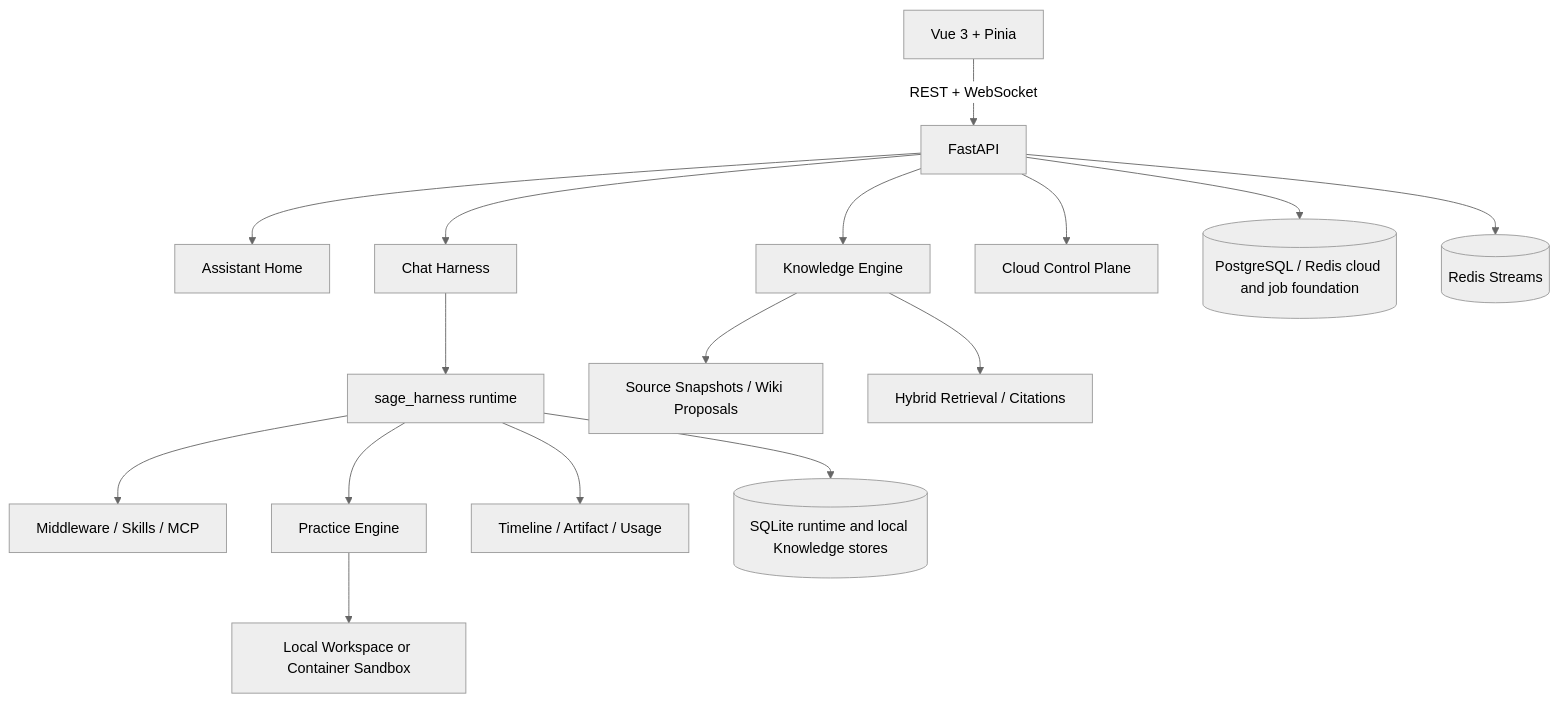
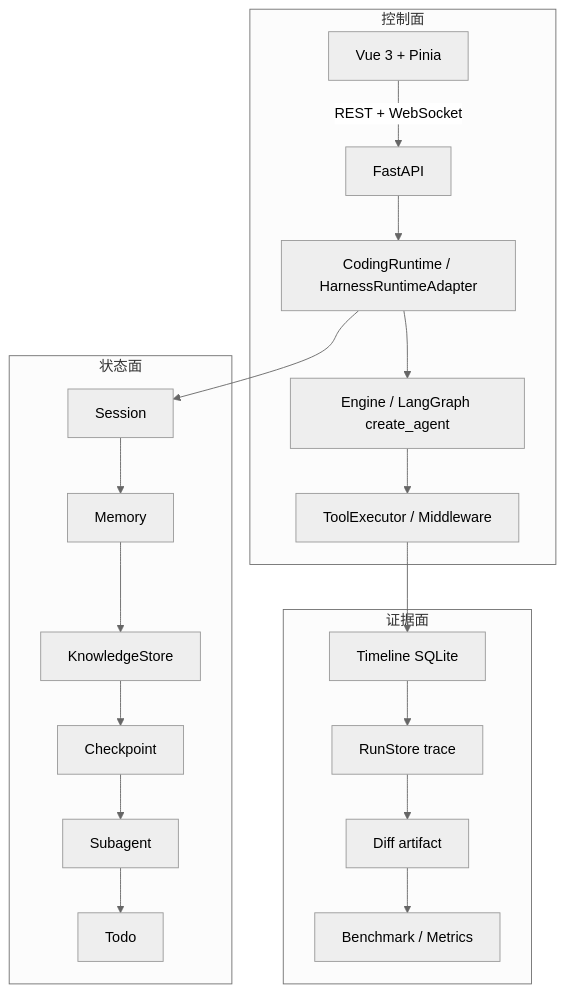
One commit to ZeroMadLife/poor-travel-agent changed the second of 2 diagrams in README.md. Above: the diagram before and after it, drawn with Mermaid (neutral theme). The commit also changed 2 other files, not shown here.

Commit message:
docs(release): 新增 SHOWCASE 并微调 README 面向展示

````diff
--- a/README.md
+++ b/README.md
@@ -94,21 +94,15 @@
 ```mermaid
 flowchart TB
-    UI[Vue 3 + Pinia] -->|REST + WebSocket| API[FastAPI]
-    API --> HOME[Assistant Home]
-    API --> CHAT[Chat Harness]
-    API --> KNOWLEDGE[Knowledge Engine]
-    API --> CLOUD[Cloud Control Plane]
-
-    CHAT --> RUNTIME[sage_harness runtime]
-    RUNTIME --> MID[Middleware / Skills / MCP]
-    RUNTIME --> PRACTICE[Practice Engine]
-    RUNTIME --> EVIDENCE[Timeline / Artifact / Usage]
-
-    PRACTICE --> WORKSPACE[Local Workspace or Container Sandbox]
-    KNOWLEDGE --> SOURCES[Source Snapshots / Wiki Proposals]
-    KNOWLEDGE --> RETRIEVAL[Hybrid Retrieval / Citations]
-
-    API --> POSTGRES[(PostgreSQL / Redis cloud and job foundation)]
-    API --> REDIS[(Redis Streams)]
-    RUNTIME --> SQLITE[(SQLite runtime and local Knowledge stores)]
+    subgraph CONTROL[控制面]
+        UI[Vue 3 + Pinia] -->|REST + WebSocket| API[FastAPI] --> RUNTIME[CodingRuntime / HarnessRuntimeAdapter]
+        RUNTIME --> ENGINE[Engine / LangGraph create_agent] --> TOOLS[ToolExecutor / Middleware]
+    end
+    subgraph STATE[状态面]
+        SESSION[Session] --> MEMORY[Memory] --> KNOWLEDGE[KnowledgeStore] --> CHECKPOINT[Checkpoint] --> SUBAGENT[Subagent] --> TODO[Todo]
+    end
+    subgraph EVIDENCE[证据面]
+        TIMELINE[Timeline SQLite] --> RUNSTORE[RunStore trace] --> DIFF[Diff artifact] --> EVAL[Benchmark / Metrics]
+    end
+    RUNTIME --> SESSION
+    TOOLS --> TIMELINE
 ```
````
